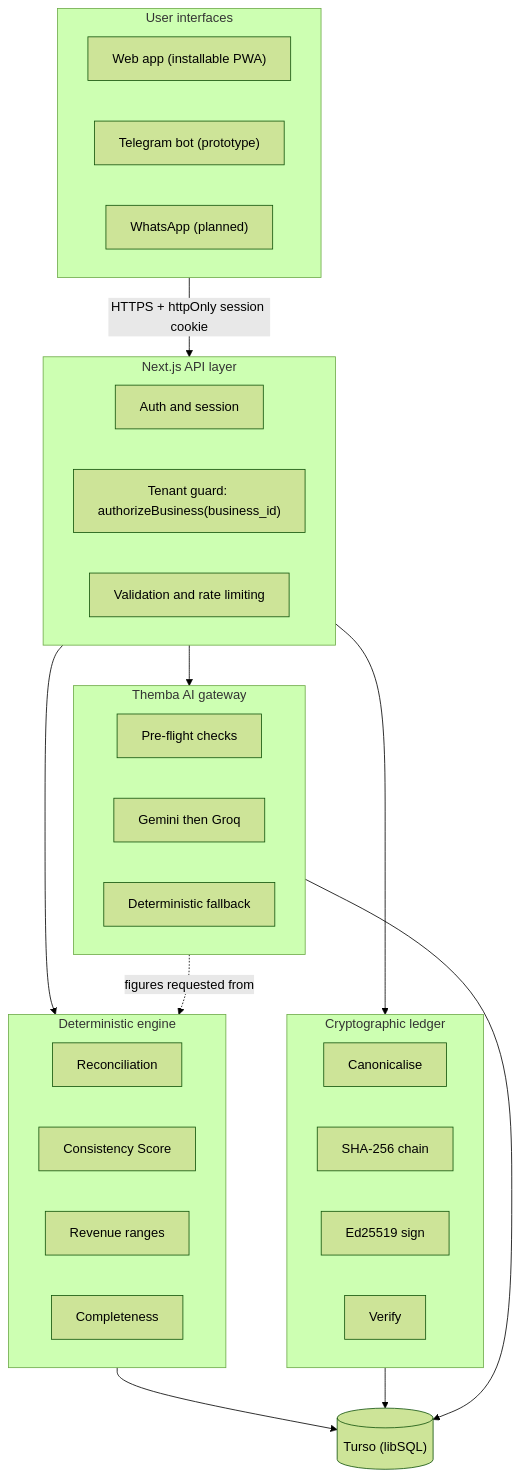
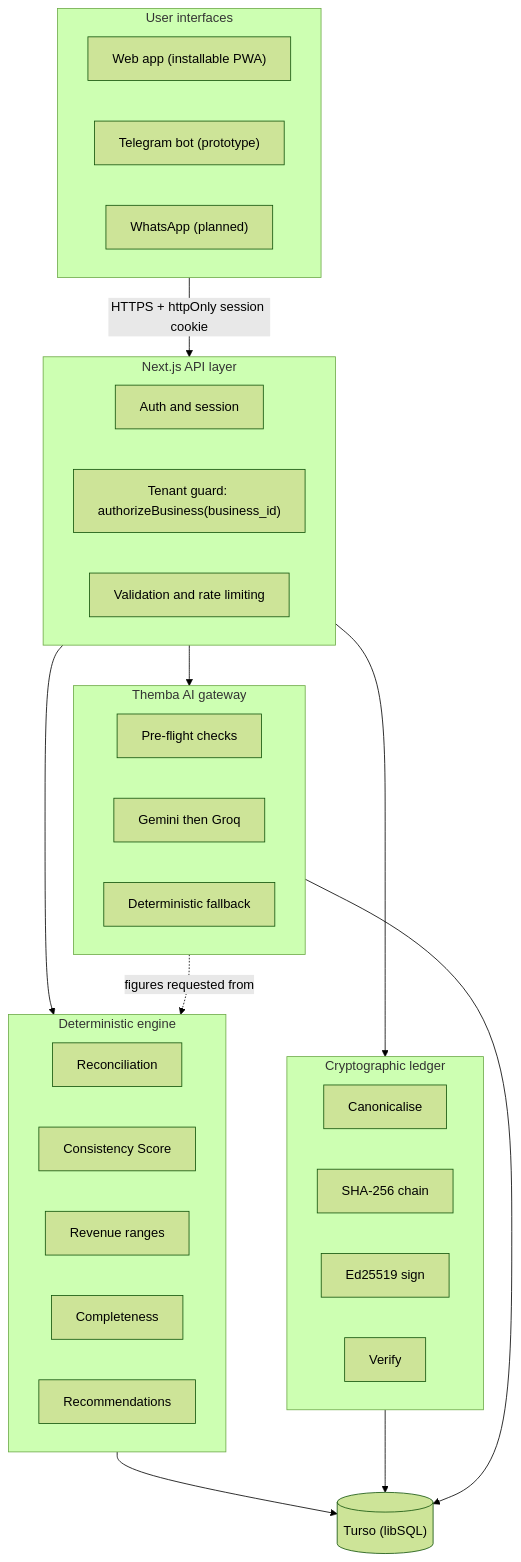
Before and after one commit to vna-07/scribe-app: the ninth of 11 diagrams in README.md, drawn with Mermaid (forest theme). The commit also changed other lines of this file, not shown here.

````diff
--- a/README.md
+++ b/README.md
@@ -536,38 +687,39 @@
 ```mermaid
 flowchart TB
     subgraph Clients["User interfaces"]
         WEB["Web app (installable PWA)"]
         TG["Telegram bot (prototype)"]
         WA["WhatsApp (planned)"]
     end
     Clients -->|"HTTPS + httpOnly session cookie"| API
     subgraph API["Next.js API layer"]
         AUTH["Auth and session"]
         GUARD["Tenant guard: authorizeBusiness(business_id)"]
         VAL["Validation and rate limiting"]
     end
     API --> ENG
     API --> LED
     API --> AI
     subgraph ENG["Deterministic engine"]
         E1["Reconciliation"]
         E2["Consistency Score"]
         E3["Revenue ranges"]
         E4["Completeness"]
+        E5["Recommendations"]
     end
     subgraph LED["Cryptographic ledger"]
         L1["Canonicalise"]
         L2["SHA-256 chain"]
         L3["Ed25519 sign"]
         L4["Verify"]
     end
     subgraph AI["Themba AI gateway"]
         A1["Pre-flight checks"]
         A2["Gemini then Groq"]
         A3["Deterministic fallback"]
     end
     ENG --> DB[("Turso (libSQL)")]
     LED --> DB
     AI --> DB
     AI -. "figures requested from" .-> ENG
 ```
````
